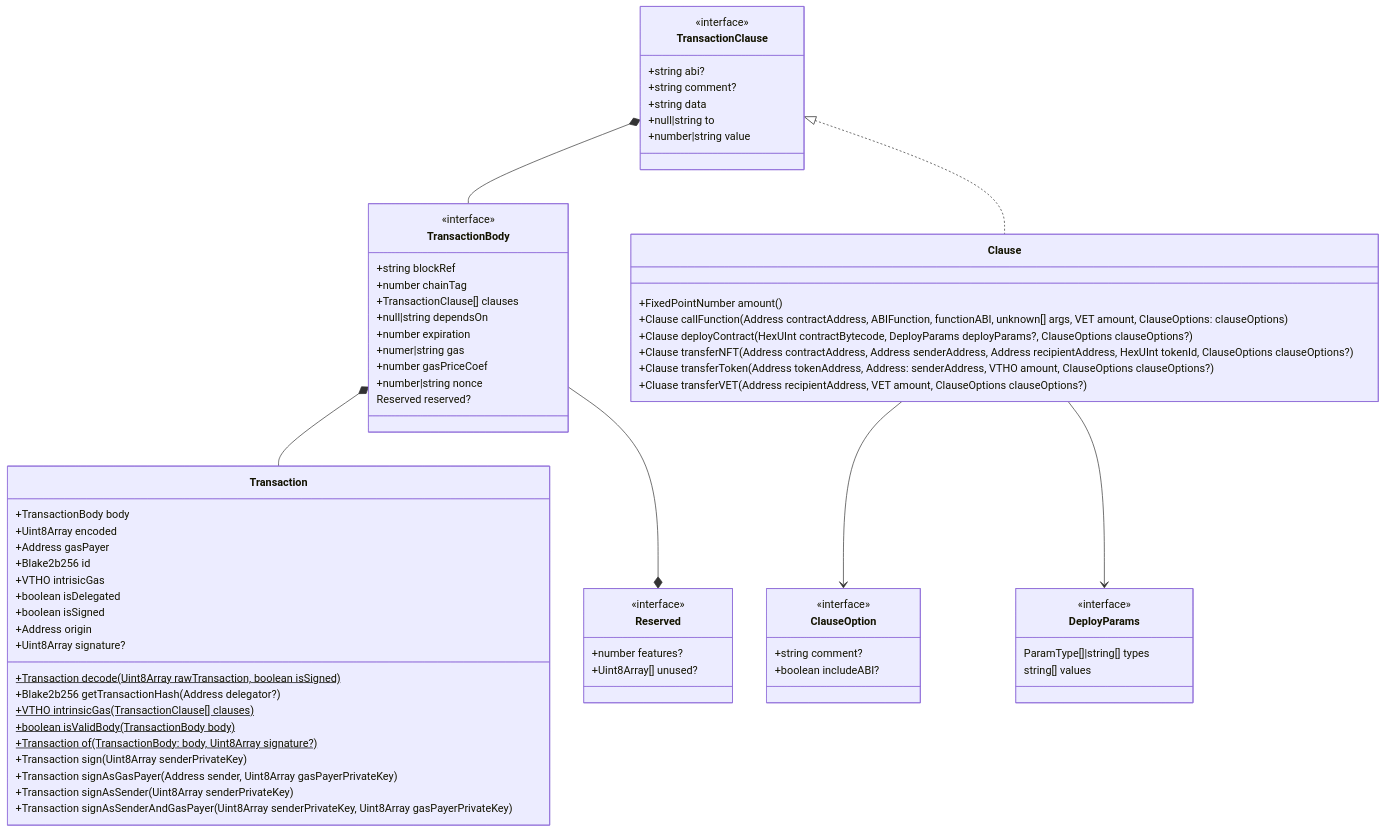
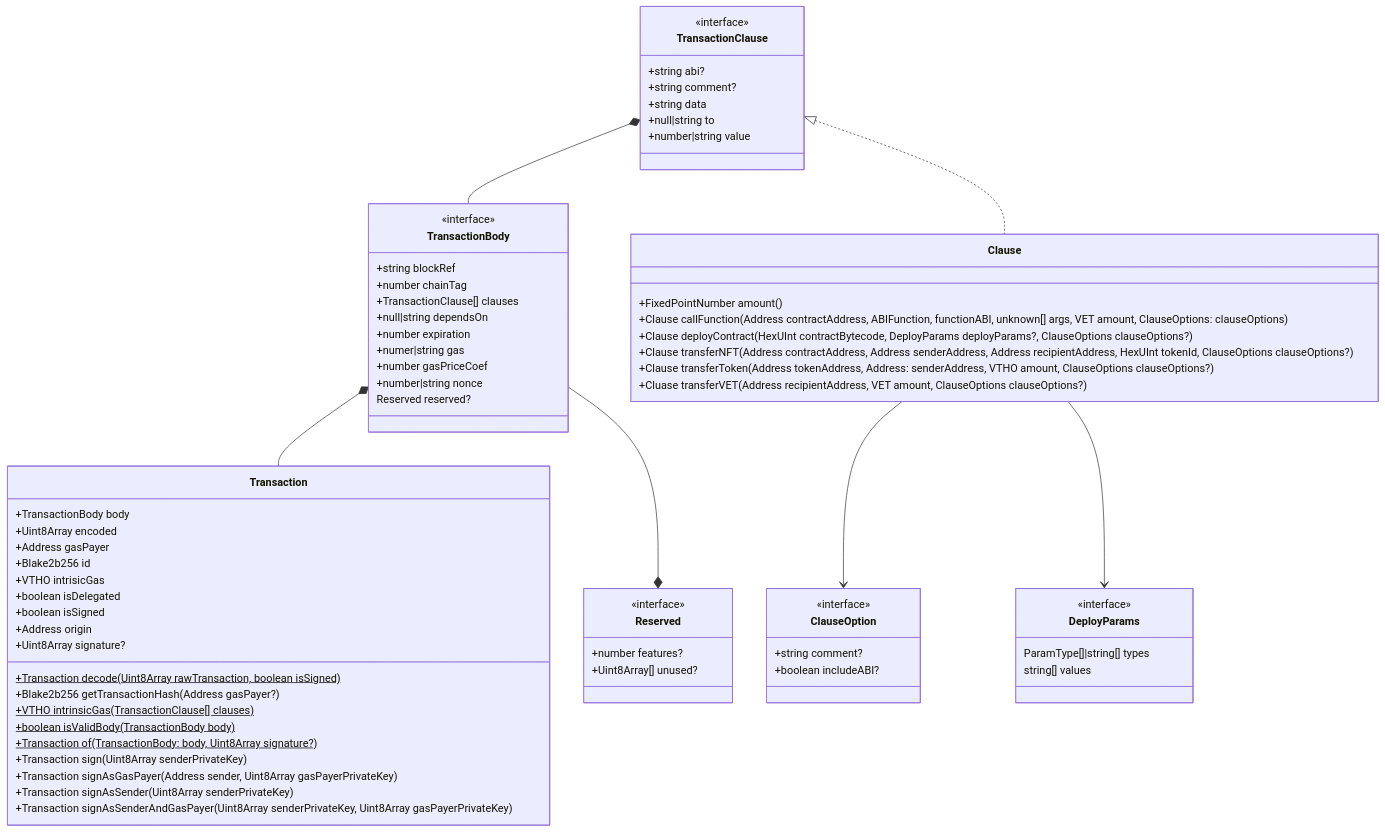
The diagram in docs/diagrams/architecture/transaction.md (vechain/vechain-sdk-js), drawn with Mermaid before and after one commit. The commit also changed 38 other files, not shown here.

````diff
--- a/docs/diagrams/architecture/transaction.md
+++ b/docs/diagrams/architecture/transaction.md
@@ -1,72 +1,72 @@
 ```mermaid
 classDiagram
     class Clause {
         +FixedPointNumber amount()
         +Clause callFunction(Address contractAddress, ABIFunction, functionABI, unknown[] args, VET amount, ClauseOptions: clauseOptions)
         +Clause deployContract(HexUInt contractBytecode, DeployParams deployParams?, ClauseOptions clauseOptions?)
         +Clause transferNFT(Address contractAddress, Address senderAddress, Address recipientAddress, HexUInt tokenId, ClauseOptions clauseOptions?)
         +Clause transferToken(Address tokenAddress, Address: senderAddress, VTHO amount, ClauseOptions clauseOptions?)
         +Cluase transferVET(Address recipientAddress, VET amount, ClauseOptions clauseOptions?)
     }
     class ClauseOption{
         <<interface>>
         +string comment?
         +boolean includeABI?
     }
     class DeployParams {
         <<interface>>
         ParamType[]|string[] types
         string[] values
     }
     class Reserved {
         <<interface>>
         +number features?
         +Uint8Array[] unused?
     }
     class Transaction {
         +TransactionBody body
         +Uint8Array encoded
         +Address gasPayer
         +Blake2b256 id
         +VTHO intrisicGas
         +boolean isDelegated
         +boolean isSigned
         +Address origin
         +Uint8Array signature?
         +Transaction decode(Uint8Array rawTransaction, boolean isSigned)$
-        +Blake2b256 getTransactionHash(Address delegator?)
+        +Blake2b256 getTransactionHash(Address gasPayer?)
         +VTHO intrinsicGas(TransactionClause[] clauses)$
         +boolean isValidBody(TransactionBody body)$
         +Transaction of(TransactionBody: body, Uint8Array signature?)$
         +Transaction sign(Uint8Array senderPrivateKey)
         +Transaction signAsGasPayer(Address sender, Uint8Array gasPayerPrivateKey)
         +Transaction signAsSender(Uint8Array senderPrivateKey)
         +Transaction signAsSenderAndGasPayer(Uint8Array senderPrivateKey, Uint8Array gasPayerPrivateKey)
     }
     class TransactionBody {
         <<interface>>
         +string blockRef
         +number chainTag
         +TransactionClause[] clauses
         +null|string dependsOn
         +number expiration
         +numer|string gas
         +number gasPriceCoef
         +number|string nonce
         Reserved reserved?
     }
     class TransactionClause {
         <<interface>>
         +string abi?
         +string comment?
         +string data
         +null|string to
         +number|string value
     }
     Clause --> ClauseOption
     Clause --> DeployParams
     TransactionBody *-- Transaction
     TransactionBody --* Reserved
     TransactionClause *-- TransactionBody
     TransactionClause <|.. Clause
 ```
````
